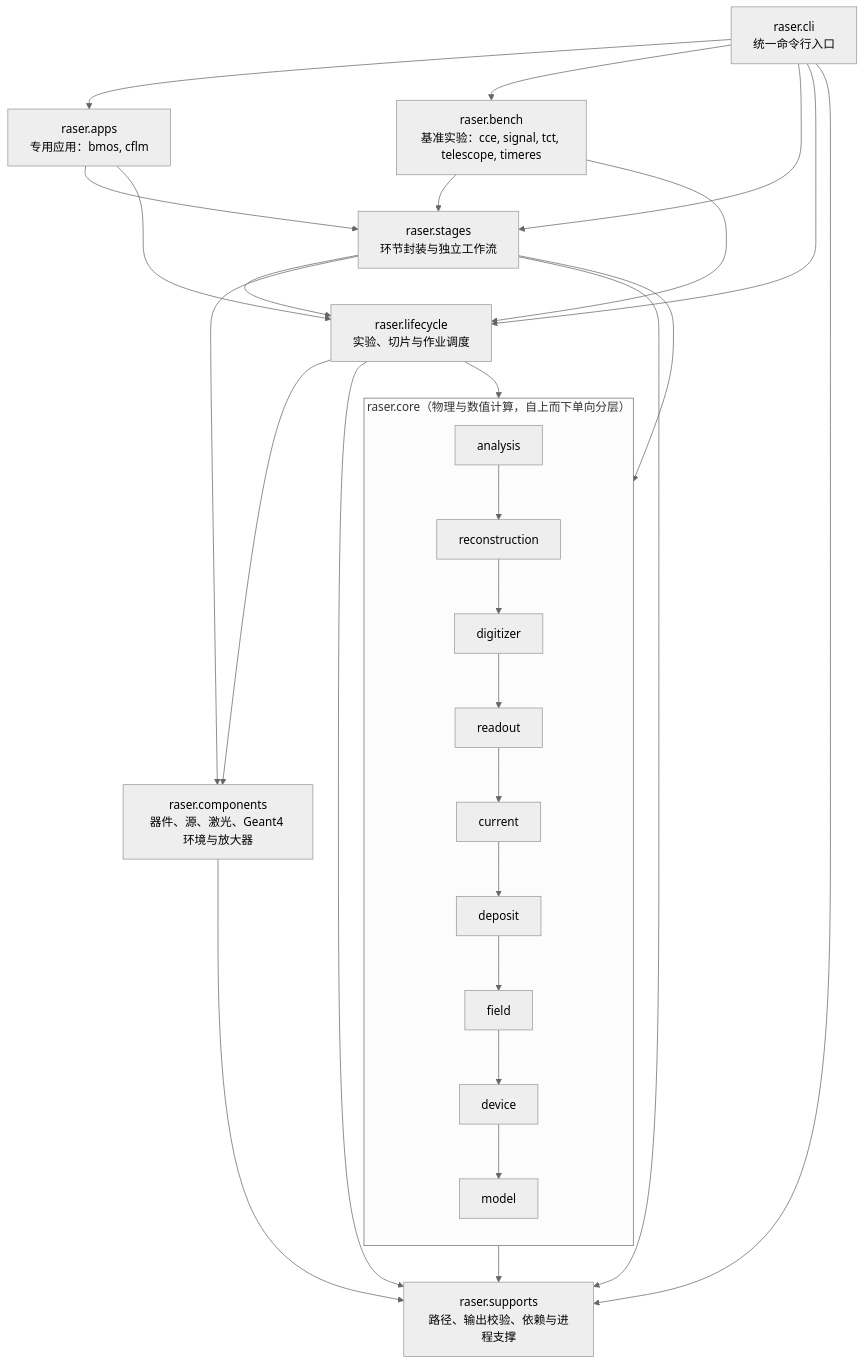
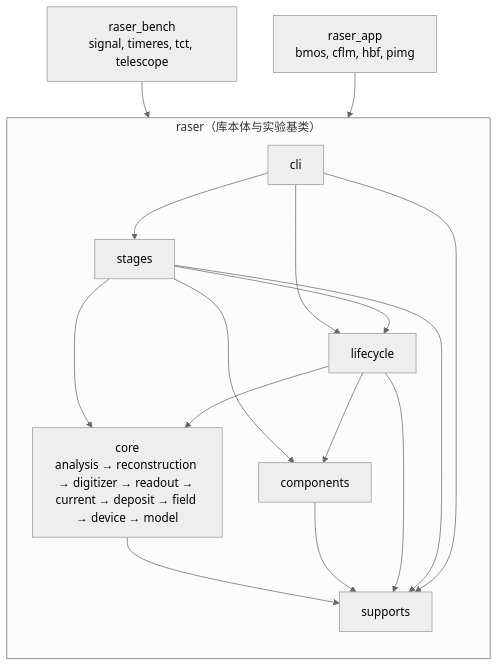
Before and after one commit to raser-team/raser: the first of 2 diagrams in docs/cn/architecture.md, drawn with Mermaid (neutral theme). The commit also changed other lines of this file and 44 other files, not shown here.

````diff
--- a/docs/cn/architecture.md
+++ b/docs/cn/architecture.md
@@ -9,29 +16,21 @@
 ```mermaid
 flowchart TD
-    CLI["raser.cli<br/>统一命令行入口"] --> APPS["raser.apps<br/>专用应用：bmos, cflm"]
-    CLI --> BENCH["raser.bench<br/>基准实验：cce, signal, tct, telescope, timeres"]
-    CLI --> STAGES["raser.stages<br/>环节封装与独立工作流"]
-    CLI --> LIFECYCLE["raser.lifecycle<br/>实验、切片与作业调度"]
+    BENCH["raser_bench<br/>signal, timeres, tct, telescope"] --> RASER
+    APP["raser_app<br/>bmos, cflm, hbf, pimg"] --> RASER
 
-    APPS --> STAGES
-    APPS --> LIFECYCLE
-    BENCH --> STAGES
-    BENCH --> LIFECYCLE
-
-    STAGES --> LIFECYCLE
-    STAGES --> CORE
-    STAGES --> COMPONENTS["raser.components<br/>器件、源、激光、Geant4 环境与放大器"]
-    LIFECYCLE --> CORE
-    LIFECYCLE --> COMPONENTS
-
-    subgraph CORE["raser.core（物理与数值计算，自上而下单向分层）"]
+    subgraph RASER["raser（库本体与实验基类）"]
         direction TB
-        C_ANA["analysis"] --> C_RECO["reconstruction"] --> C_DIG["digitizer"] --> C_RDO["readout"] --> C_CUR["current"] --> C_DEP["deposit"] --> C_FLD["field"] --> C_DEV["device"] --> C_MOD["model"]
+        CLI["cli"] --> STAGES["stages"]
+        CLI --> LIFECYCLE["lifecycle"]
+        STAGES --> LIFECYCLE
+        STAGES --> CORE["core<br/>analysis → reconstruction → digitizer → readout → current → deposit → field → device → model"]
+        STAGES --> COMPONENTS["components"]
+        LIFECYCLE --> CORE
+        LIFECYCLE --> COMPONENTS
+        CORE --> SUPPORTS["supports"]
+        COMPONENTS --> SUPPORTS
+        LIFECYCLE --> SUPPORTS
+        STAGES --> SUPPORTS
+        CLI --> SUPPORTS
     end
-
-    CORE --> SUPPORTS["raser.supports<br/>路径、输出校验、依赖与进程支撑"]
-    COMPONENTS --> SUPPORTS
-    LIFECYCLE --> SUPPORTS
-    STAGES --> SUPPORTS
-    CLI --> SUPPORTS
 ```
````
